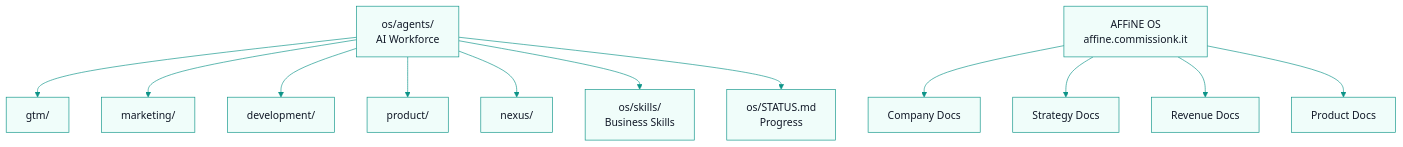
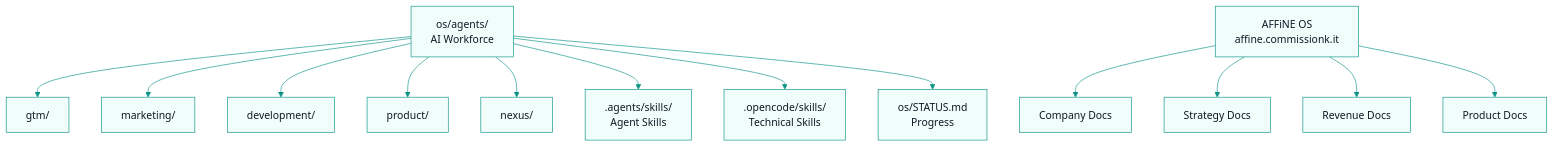
The first of 2 diagrams in os/README.md (kyrazolabs/CommissionKit), drawn with Mermaid before and after one commit. The commit also changed other lines of this file and 10 other files, not shown here.

````diff
--- a/os/README.md
+++ b/os/README.md
@@ -45,15 +46,16 @@
 ```mermaid
 %%{init: {'theme': 'base', 'themeVariables': { 'primaryColor': '#F0FDFA', 'primaryTextColor': '#111827', 'primaryBorderColor': '#0D9488', 'lineColor': '#0D9488', 'secondaryColor': '#F3F4F6', 'tertiaryColor': '#FFFFFF' }}}%%
 graph TD
     AGENTS["os/agents/<br/>AI Workforce"] --> GTM["gtm/"]
     AGENTS --> MKT["marketing/"]
     AGENTS --> DEV["development/"]
     AGENTS --> PROD["product/"]
     AGENTS --> NEXUS["nexus/"]
-    AGENTS --> SKILLS["os/skills/<br/>Business Skills"]
+    AGENTS --> SKILLS[".agents/skills/<br/>Agent Skills"]
+    AGENTS --> TECHSKILLS[".opencode/skills/<br/>Technical Skills"]
     AGENTS --> STATUS["os/STATUS.md<br/>Progress"]
     AFFINE["AFFiNE OS<br/>affine.commissionk.it"] --> COMPANY["Company Docs"]
     AFFINE --> STRATEGY["Strategy Docs"]
     AFFINE --> REVENUE["Revenue Docs"]
     AFFINE --> PRODUCT["Product Docs"]
 ```
````
